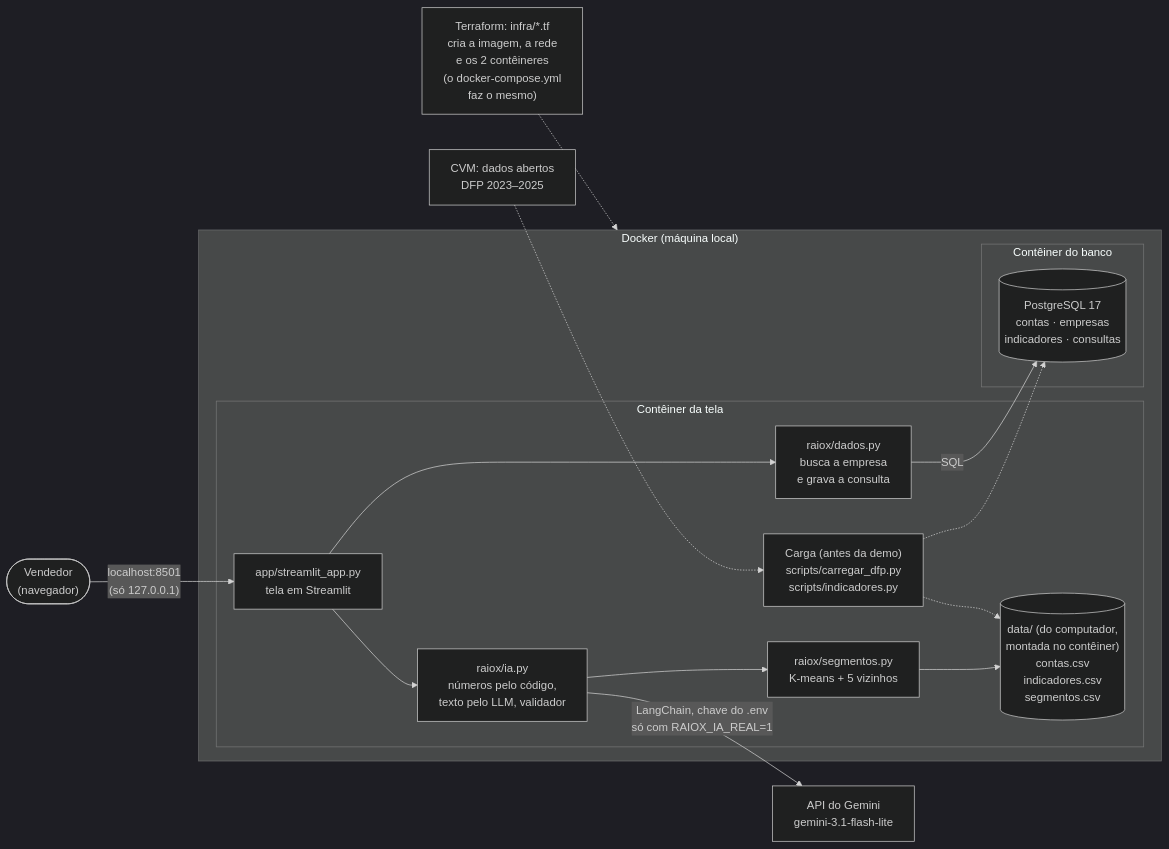
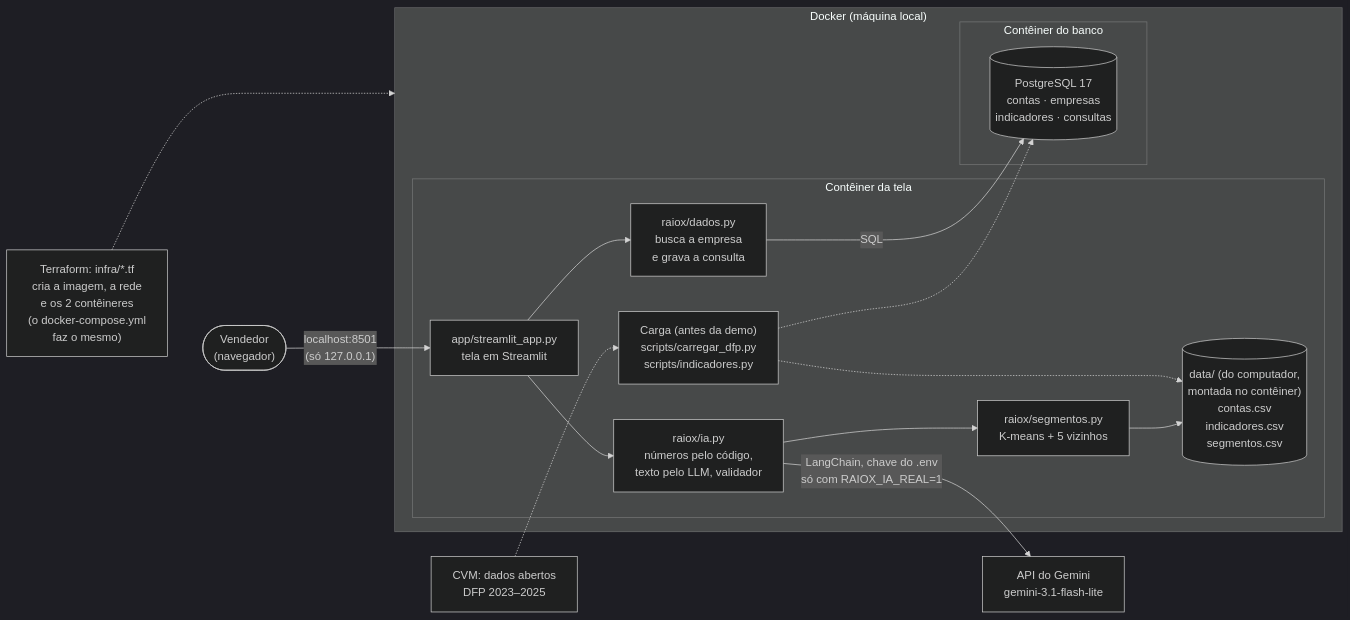
Before and after one commit to MiguelGrispan/trabalho-tcs: the diagram in README.md, drawn with Mermaid (dark theme). The commit also changed 2 other files, not shown here.

Commit message:
Achados do revisor (2ª olhada) no PR #55: Terraform à esquerda, a seta não passa pela CVM; linha longa do PLANO quebrada

````diff
--- a/README.md
+++ b/README.md
@@ -35,35 +35,36 @@
 ```mermaid
 %% Mudou o diagrama? Gere de novo o docs/arquitetura.png: cole este bloco em mermaid.live e exporte em PNG.
 flowchart LR
     vendedor(["Vendedor<br/>(navegador)"])
+    cvm["CVM: dados abertos<br/>DFP 2023–2025"]
     iac["Terraform: infra/*.tf<br/>cria a imagem, a rede<br/>e os 2 contêineres<br/>(o docker-compose.yml<br/>faz o mesmo)"]
 
     subgraph pc["Docker (máquina local)"]
         subgraph tela["Contêiner da tela"]
             app["app/streamlit_app.py<br/>tela em Streamlit"]
             dados["raiox/dados.py<br/>busca a empresa<br/>e grava a consulta"]
             ia["raiox/ia.py<br/>números pelo código,<br/>texto pelo LLM, validador"]
             seg["raiox/segmentos.py<br/>K-means + 5 vizinhos"]
             pasta[("data/ (do computador,<br/>montada no contêiner)<br/>contas.csv<br/>indicadores.csv<br/>segmentos.csv")]
             carga["Carga (antes da demo)<br/>scripts/carregar_dfp.py<br/>scripts/indicadores.py"]
         end
         subgraph banco["Contêiner do banco"]
             pg[("PostgreSQL 17<br/>contas · empresas<br/>indicadores · consultas")]
         end
     end
 
     gemini["API do Gemini<br/>gemini-3.1-flash-lite"]
-    cvm["CVM: dados abertos<br/>DFP 2023–2025"]
 
     vendedor -- "localhost:8501<br/>(só 127.0.0.1)" --> app
     app --> dados
     dados -- "SQL" --> pg
     cvm -.-> carga
     carga -.-> pg
     carga -.-> pasta
     app --> ia
     ia --> seg
     seg --> pasta
     ia -- "LangChain, chave do .env<br/>só com RAIOX_IA_REAL=1" --> gemini
+    iac ~~~ vendedor
     iac -..-> pc
 ```
````
